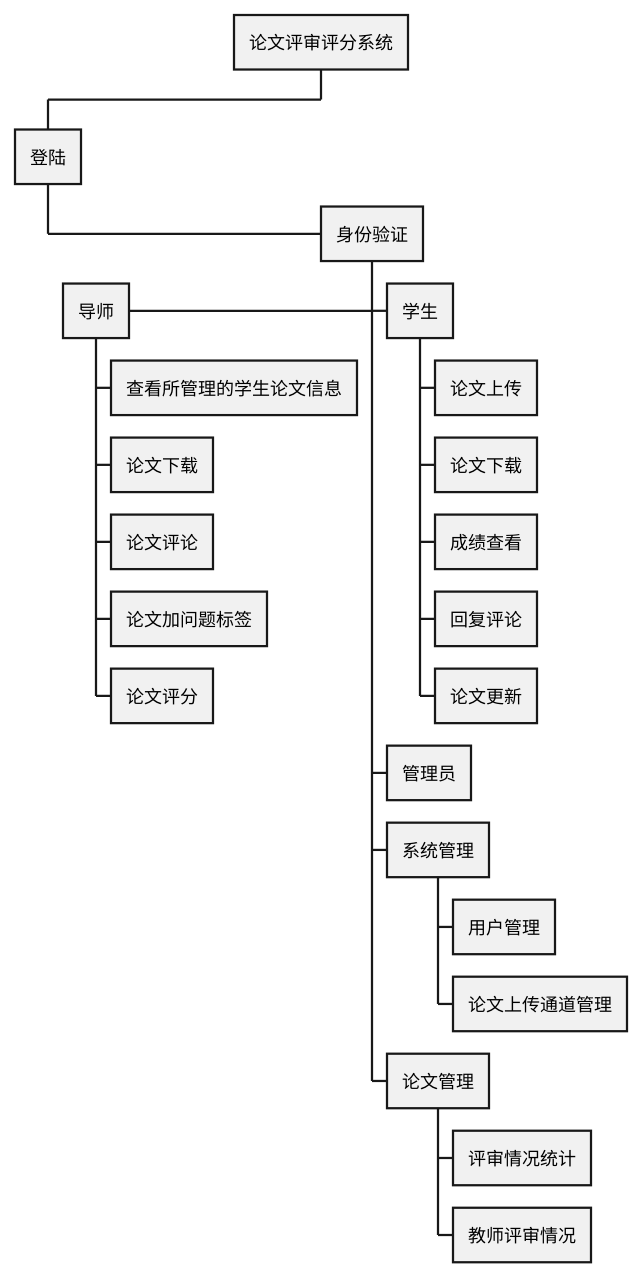
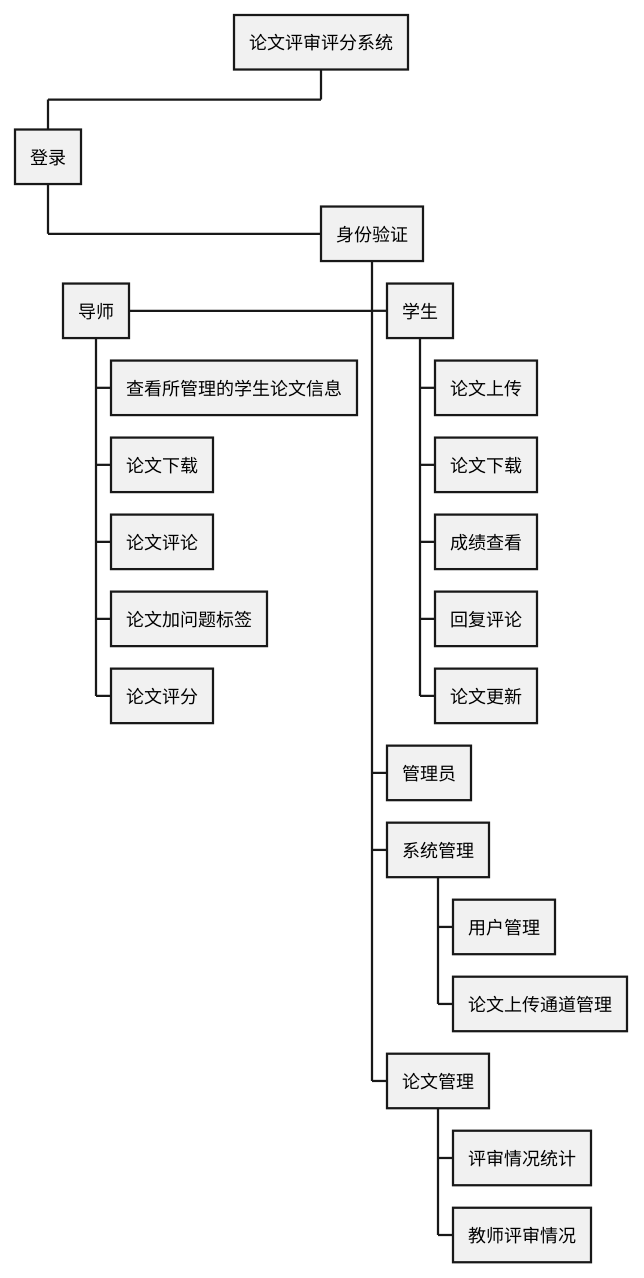
One commit to swithun-liu/scoring_system changed the diagram in documents/latexPaper_/uml/WBS/系统WBS.puml. Above: the diagram before and after it, drawn with PlantUML. The commit also changed 19 other files, not shown here.

```diff
--- a/documents/latexPaper_/uml/WBS/系统WBS.puml
+++ b/documents/latexPaper_/uml/WBS/系统WBS.puml
@@ -1,24 +1,24 @@
 @startwbs
 + 论文评审评分系统
-++ 登陆
+++ 登录
 +++ 身份验证
 ++++ 学生
 +++++ 论文上传
 +++++ 论文下载
 +++++ 成绩查看
 +++++ 回复评论
 +++++ 论文更新
 +++- 导师
 +++++ 查看所管理的学生论文信息
 +++++ 论文下载
 +++++ 论文评论
 +++++ 论文加问题标签
 +++++ 论文评分
 ++++ 管理员
 ++++ 系统管理
 +++++ 用户管理
 +++++ 论文上传通道管理
 ++++ 论文管理
 +++++ 评审情况统计
 +++++ 教师评审情况
 @endwbs
```
